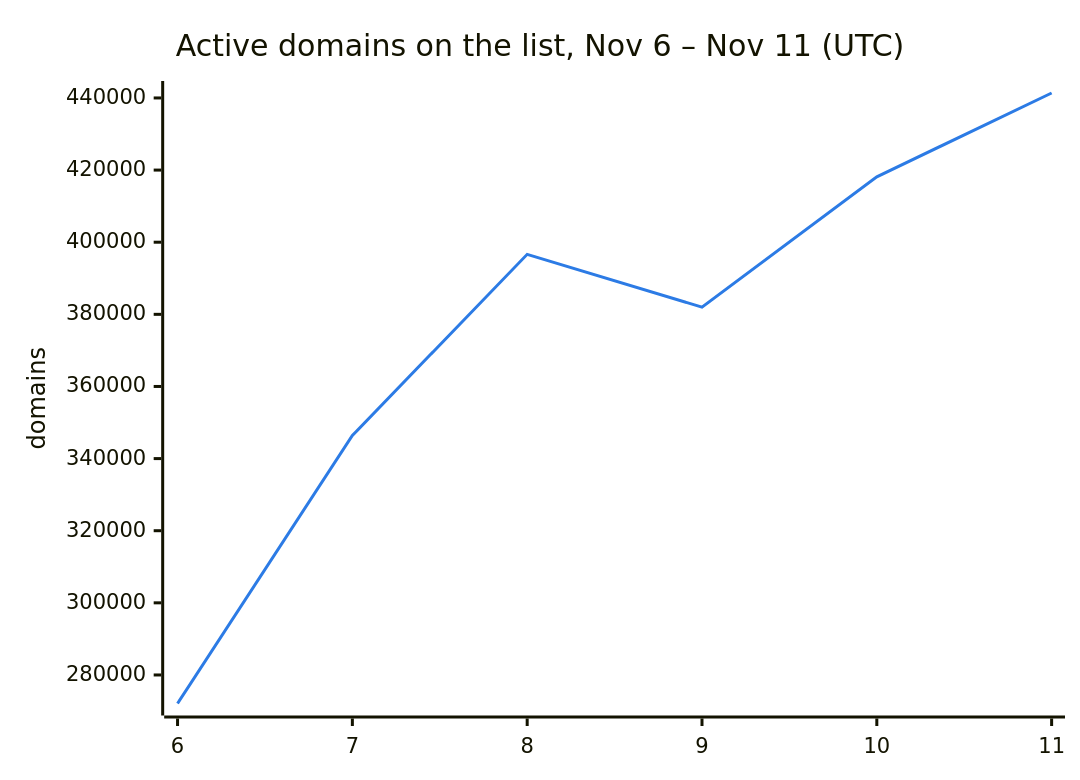
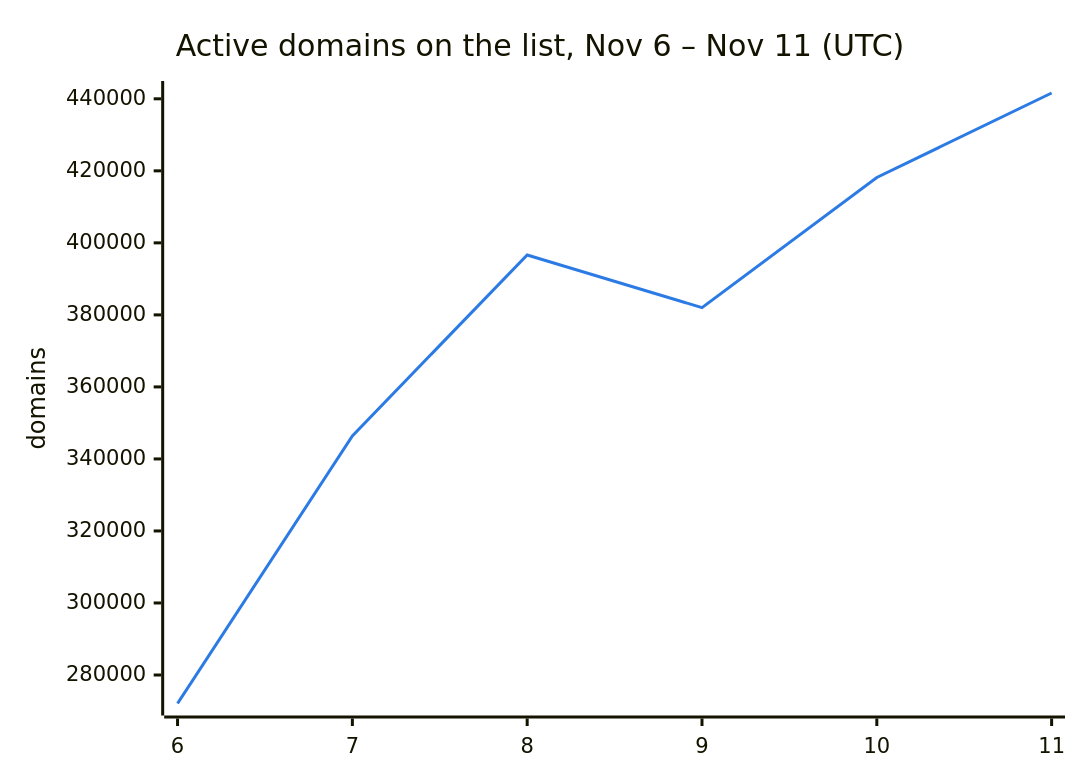
Before and after one commit to DNSBunker/CTI: the second of 3 diagrams in README.md, drawn with Mermaid. The commit also changed other lines of this file and 3 other files, not shown here.

````diff
--- a/README.md
+++ b/README.md
@@ -38,8 +38,8 @@
 ```mermaid
 %%{init: {"themeVariables": {"xyChart": {"plotColorPalette": "#2c7be5"}}}}%%
 xychart-beta
     title "Active domains on the list, Nov 6 – Nov 11 (UTC)"
     x-axis ["6", "7", "8", "9", "10", "11"]
     y-axis "domains"
-    line [272088, 346388, 396638, 382009, 418143, 441374]
+    line [272088, 346388, 396638, 382009, 418143, 441613]
 ```
````
